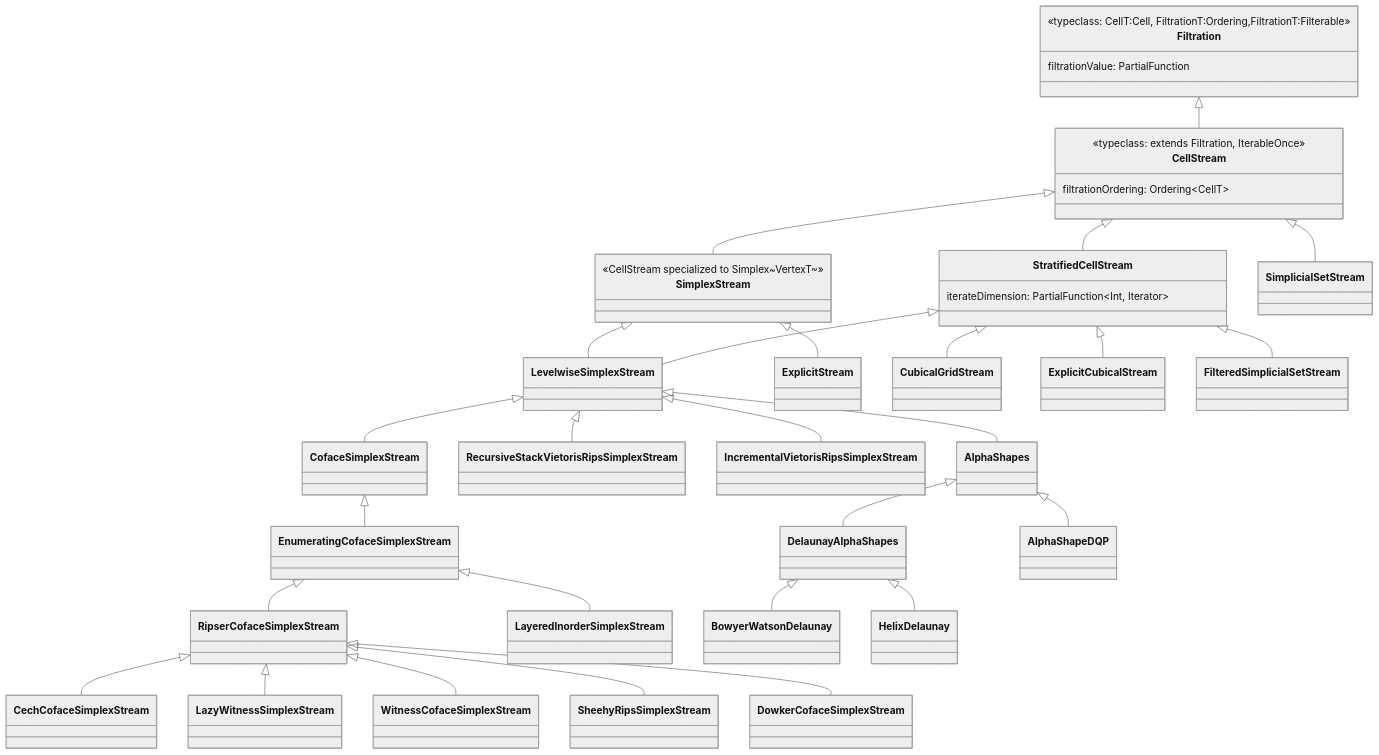
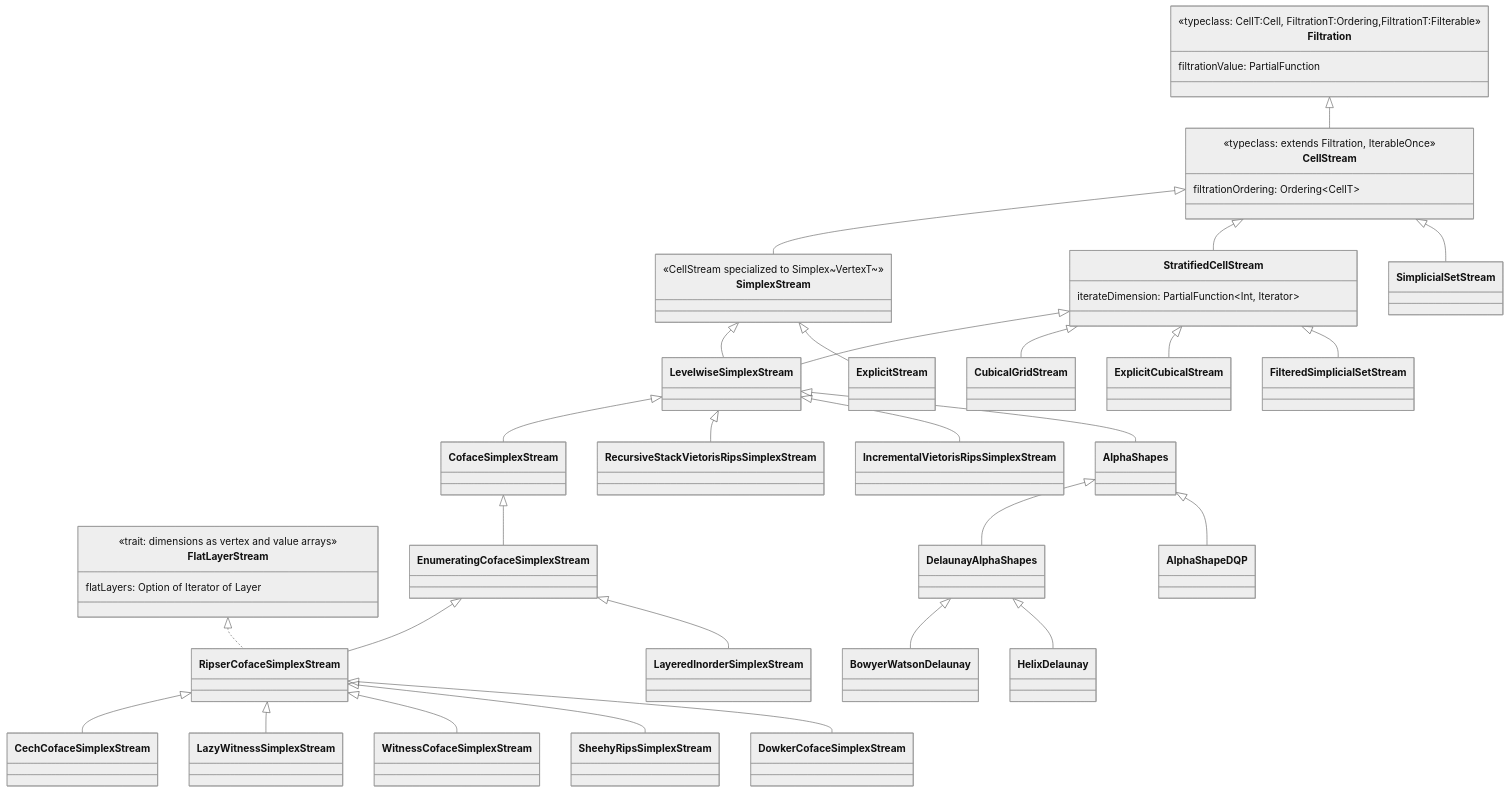
One commit to appliedtopology/tda4j changed the fourth of 11 diagrams in _docs/developers-guide/class-diagrams.md. Above: the diagram before and after it, drawn with Mermaid (neutral theme). The commit also changed 4 other files, not shown here.

First line of the commit message:
Flat layers: CHANGELOG, rules, developer's guide and worklog (#206)

````diff
--- a/_docs/developers-guide/class-diagrams.md
+++ b/_docs/developers-guide/class-diagrams.md
@@ -134,43 +134,48 @@
 ```mermaid
 classDiagram
     class Filtration {
         <<typeclass: CellT:Cell, FiltrationT:Ordering,FiltrationT:Filterable>>
         filtrationValue: PartialFunction
     }
     class CellStream {
         <<typeclass: extends Filtration, IterableOnce>>
         filtrationOrdering: Ordering~CellT~
     }
     class SimplexStream {
         <<CellStream specialized to Simplex~VertexT~>>
     }
     class StratifiedCellStream {
         iterateDimension: PartialFunction~Int, Iterator~
     }
+    class FlatLayerStream {
+        <<trait: dimensions as vertex and value arrays>>
+        flatLayers: Option of Iterator of Layer
+    }
     Filtration <|-- CellStream
     CellStream <|-- SimplexStream
     CellStream <|-- StratifiedCellStream
     SimplexStream <|-- LevelwiseSimplexStream
     StratifiedCellStream <|-- LevelwiseSimplexStream
     LevelwiseSimplexStream <|-- CofaceSimplexStream
     CofaceSimplexStream <|-- EnumeratingCofaceSimplexStream
     EnumeratingCofaceSimplexStream <|-- RipserCofaceSimplexStream
+    FlatLayerStream <|.. RipserCofaceSimplexStream
     RipserCofaceSimplexStream <|-- CechCofaceSimplexStream
     RipserCofaceSimplexStream <|-- LazyWitnessSimplexStream
     RipserCofaceSimplexStream <|-- WitnessCofaceSimplexStream
     RipserCofaceSimplexStream <|-- SheehyRipsSimplexStream
     RipserCofaceSimplexStream <|-- DowkerCofaceSimplexStream
     EnumeratingCofaceSimplexStream <|-- LayeredInorderSimplexStream
     SimplexStream <|-- ExplicitStream
     LevelwiseSimplexStream <|-- RecursiveStackVietorisRipsSimplexStream
     LevelwiseSimplexStream <|-- IncrementalVietorisRipsSimplexStream
     LevelwiseSimplexStream <|-- AlphaShapes
     AlphaShapes <|-- DelaunayAlphaShapes
     DelaunayAlphaShapes <|-- BowyerWatsonDelaunay
     DelaunayAlphaShapes <|-- HelixDelaunay
     AlphaShapes <|-- AlphaShapeDQP
     StratifiedCellStream <|-- CubicalGridStream
     StratifiedCellStream <|-- ExplicitCubicalStream
     CellStream <|-- SimplicialSetStream
     StratifiedCellStream <|-- FilteredSimplicialSetStream
 ```
````
